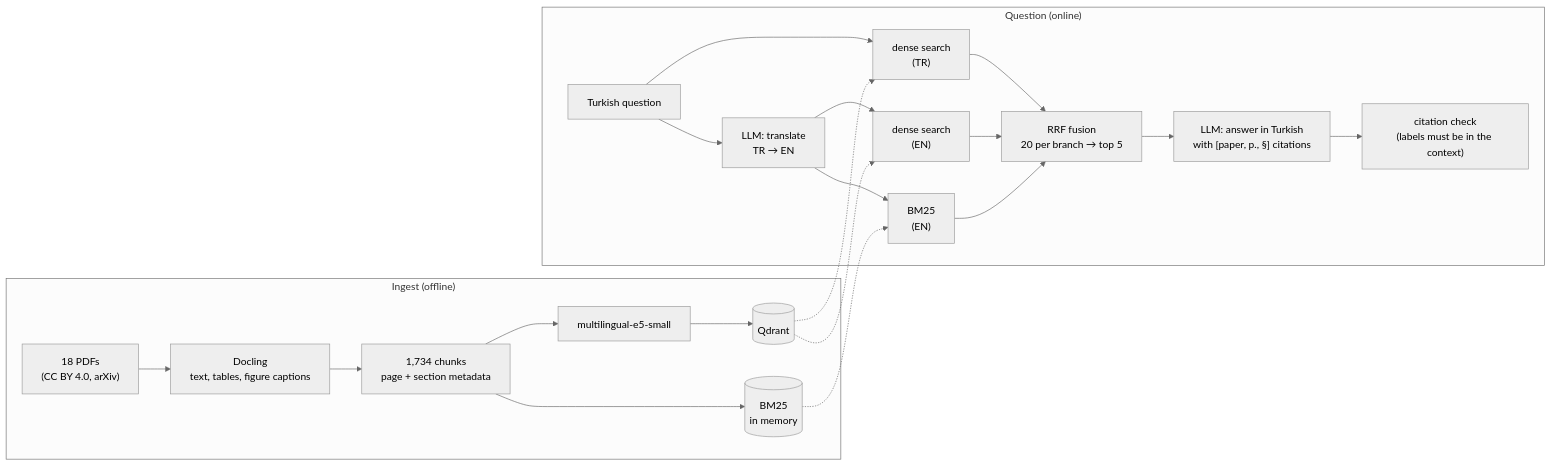
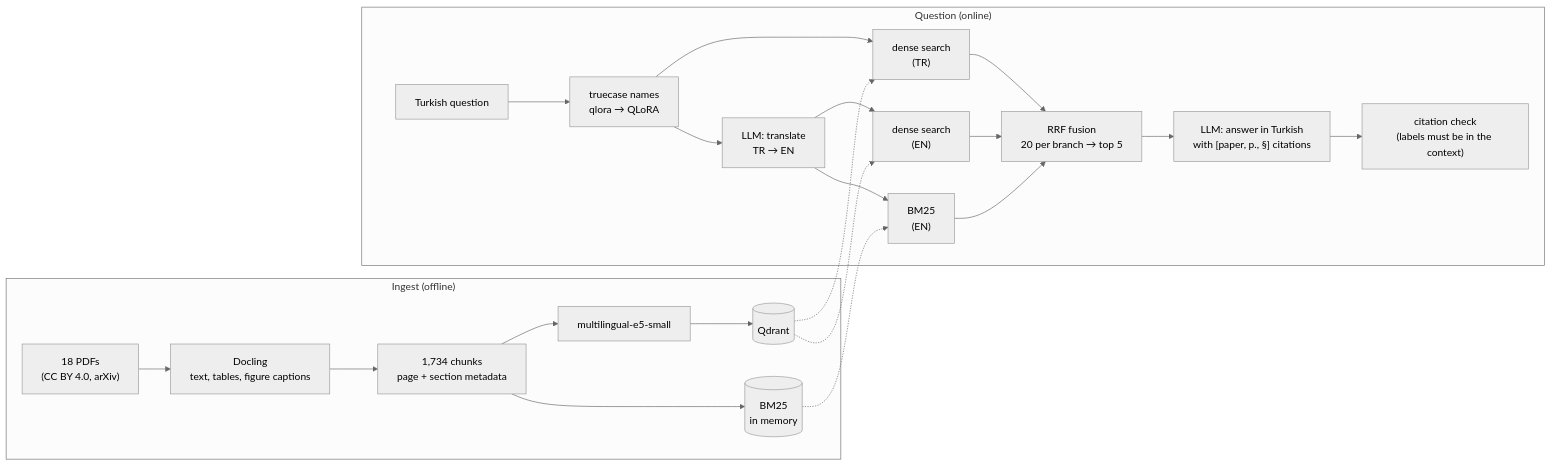
Before and after one commit to salihameryemalbayrak/paper-assistant: the diagram in README.md, drawn with Mermaid (neutral theme). The commit also changed other lines of this file and 12 other files, not shown here.

Commit message:
Truecase names typed in lowercase before translation and search; robustness eval (D47)

````diff
--- a/README.md
+++ b/README.md
@@ -18,20 +18,21 @@
 ```mermaid
 flowchart LR
     subgraph ingest["Ingest (offline)"]
         pdf["18 PDFs<br/>(CC BY 4.0, arXiv)"] --> docling["Docling<br/>text, tables, figure captions"]
         docling --> chunks["1,734 chunks<br/>page + section metadata"]
         chunks --> e5["multilingual-e5-small"] --> qdrant[("Qdrant")]
         chunks --> bm25[("BM25<br/>in memory")]
     end
     subgraph query["Question (online)"]
-        q["Turkish question"] --> tr["LLM: translate<br/>TR → EN"]
-        q --> d1["dense search<br/>(TR)"]
+        q["Turkish question"] --> tc["truecase names<br/>qlora → QLoRA"]
+        tc --> tr["LLM: translate<br/>TR → EN"]
+        tc --> d1["dense search<br/>(TR)"]
         tr --> d2["dense search<br/>(EN)"]
         tr --> b["BM25<br/>(EN)"]
         d1 & d2 & b --> rrf["RRF fusion<br/>20 per branch → top 5"]
         rrf --> llm["LLM: answer in Turkish<br/>with [paper, p., §] citations"]
         llm --> check["citation check<br/>(labels must be in the context)"]
     end
     qdrant -.-> d1 & d2
     bm25 -.-> b
 ```
````
